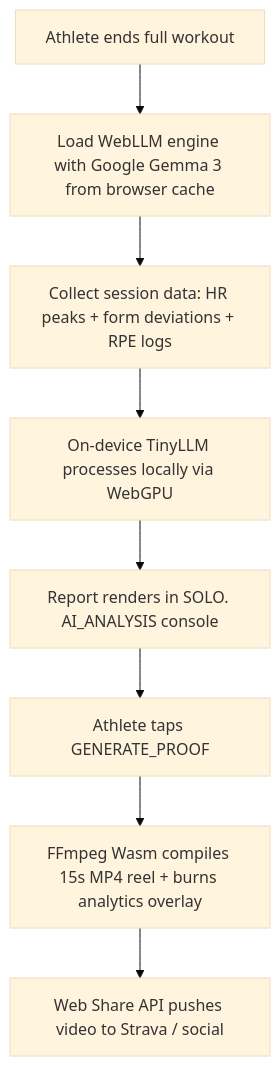
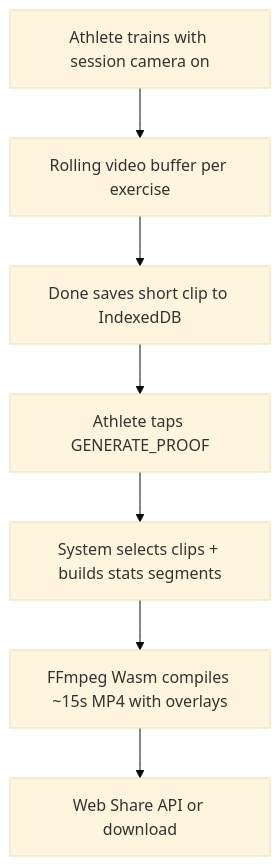
One commit to ingmarstruijs/solo changed the diagram in ROADMAP.md. Above: the diagram before and after it, drawn with Mermaid (base theme). The commit also changed other lines of this file and 25 other files, not shown here.

First line of the commit message:
Remove RPE/AI analysis; video proof clips; fix bars; next-exercise motion

````diff
--- a/ROADMAP.md
+++ b/ROADMAP.md
@@ -94,10 +94,9 @@
 ```mermaid
 graph TD
-  A[Athlete ends full workout] --> B[Load WebLLM engine with Google Gemma 3 from browser cache]
-  B --> C[Collect session data: HR peaks + form deviations + RPE logs]
-  C --> D[On-device TinyLLM processes locally via WebGPU]
-  D --> E[Report renders in SOLO. AI_ANALYSIS console]
-  E --> F[Athlete taps GENERATE_PROOF]
-  F --> G[FFmpeg Wasm compiles 15s MP4 reel + burns analytics overlay]
-  G --> H[Web Share API pushes video to Strava / social]
+  A[Athlete trains with session camera on] --> B[Rolling video buffer per exercise]
+  B --> C[Done saves short clip to IndexedDB]
+  C --> D[Athlete taps GENERATE_PROOF]
+  D --> E[System selects clips + builds stats segments]
+  E --> F[FFmpeg Wasm compiles ~15s MP4 with overlays]
+  F --> G[Web Share API or download]
 ```
````
